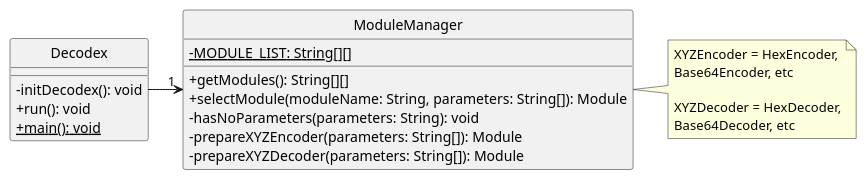
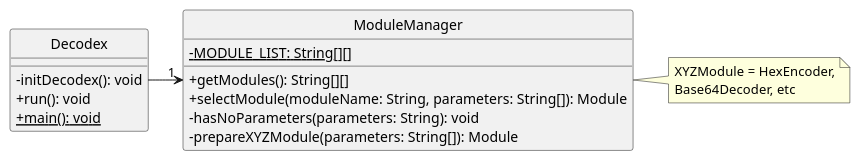
The diagram in docs/puml/classdiagrams/ModuleManagerClassDiagram.puml (rizemon/tp), drawn with PlantUML before and after one commit. The commit also changed 2 other files, not shown here.

```diff
--- a/docs/puml/classdiagrams/ModuleManagerClassDiagram.puml
+++ b/docs/puml/classdiagrams/ModuleManagerClassDiagram.puml
@@ -1,31 +1,27 @@
 @startuml
 skinparam classAttributeIconSize 0
 hide circle
 
 Decodex -> "1" ModuleManager
 
 class Decodex {
   - initDecodex(): void
   + run(): void
   + {static} main(): void
 }
 
 
 class ModuleManager {
   - {static} MODULE_LIST: String[][]
   + getModules(): String[][]
   + selectModule(moduleName: String, parameters: String[]): Module
   - hasNoParameters(parameters: String): void
-  - prepareXYZEncoder(parameters: String[]): Module
-  - prepareXYZDecoder(parameters: String[]): Module
+  - prepareXYZModule(parameters: String[]): Module
 }
 
 note right
-  XYZEncoder = HexEncoder,
-  Base64Encoder, etc
-
-  XYZDecoder = HexDecoder,
+  XYZModule = HexEncoder,
   Base64Decoder, etc
 end note
 
 @enduml
```
